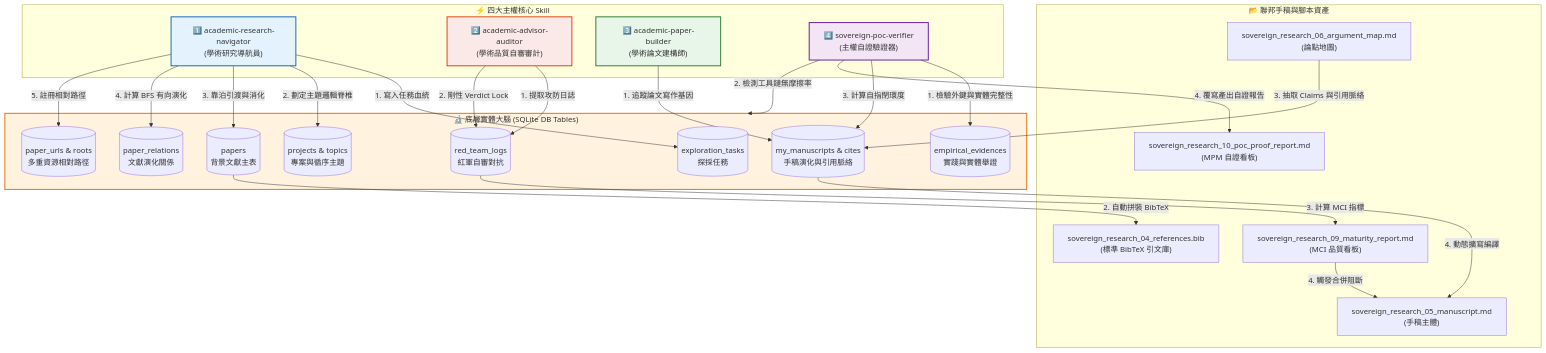
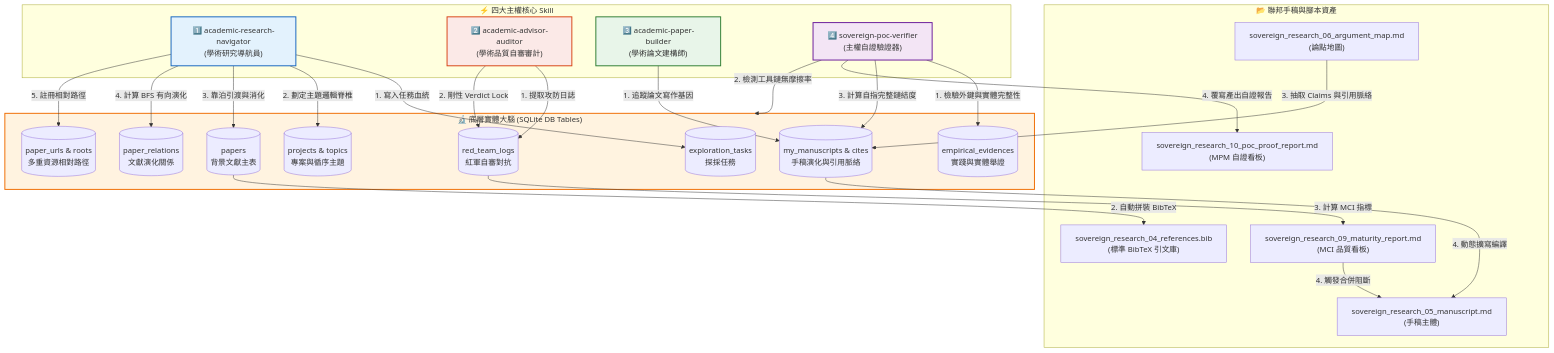
Before and after one commit to wuulong/sovereign-research-methodology: the second of 2 diagrams in nblm_notes/methodology_notebooklm.md, drawn with Mermaid. The commit also changed other lines of this file and 28 other files, not shown here.

````diff
--- a/nblm_notes/methodology_notebooklm.md
+++ b/nblm_notes/methodology_notebooklm.md
@@ -633,63 +332,63 @@
 ```mermaid
 flowchart TD
     %% 定義 Skill 節點
     subgraph Skills["⚡ 四大主權核心 Skill"]
         NAV["1️⃣ academic-research-navigator<br>(學術研究導航員)"]
         AUD["2️⃣ academic-advisor-auditor<br>(學術品質自審審計)"]
         BLD["3️⃣ academic-paper-builder<br>(學術論文建構師)"]
         VRF["4️⃣ sovereign-poc-verifier<br>(主權自證驗證器)"]
     end
 
     %% 定義 SQLite 資料表節點
     subgraph DB["🔬 底層實體大腦 (SQLite DB Tables)"]
         T_Task[(exploration_tasks<br>探採任務)]
         T_Proj[(projects & topics<br>專案與循序主題)]
         T_Paper[(papers<br>背景文獻主表)]
         T_Rel[(paper_relations<br>文獻演化關係)]
         T_Url[(paper_urls & roots<br>多重資源相對路徑)]
         T_Evid[(empirical_evidences<br>實踐與實體舉證)]
         T_Red[(red_team_logs<br>紅軍自審對抗)]
         T_MS[(my_manuscripts & cites<br>手稿演化與引用脈絡)]
     end
 
     %% 定義 聯邦檔案與腳本
     subgraph Artifacts["📂 聯邦手稿與腳本資產"]
         MS_Doc["sovereign_research_05_manuscript.md<br>(手稿主體)"]
         APM_Doc["sovereign_research_06_argument_map.md<br>(論點地圖)"]
         MCI_Doc["sovereign_research_09_maturity_report.md<br>(MCI 品質看板)"]
         MPM_Doc["sovereign_research_10_poc_proof_report.md<br>(MPM 自證看板)"]
         BIB_File["sovereign_research_04_references.bib<br>(標準 BibTeX 引文庫)"]
     end
 
     %% 關聯線：Navigator
     NAV -->|1. 寫入任務血統| T_Task
     NAV -->|2. 劃定主題邏輯脊椎| T_Proj
     NAV -->|3. 靠泊引渡與消化| T_Paper
     NAV -->|4. 計算 BFS 有向演化| T_Rel
     NAV -->|5. 註冊相對路徑| T_Url
 
     %% 關聯線：Advisor-Auditor
     AUD -->|1. 提取攻防日誌| T_Red
     AUD -->|2. 剛性 Verdict Lock| T_Red
     T_Red -->|3. 計算 MCI 指標| MCI_Doc
     MCI_Doc -->|4. 觸發合併阻斷| MS_Doc
 
     %% 關聯線：Paper-Builder
     BLD -->|1. 追蹤論文寫作基因| T_MS
     T_Paper -->|2. 自動拼裝 BibTeX| BIB_File
     APM_Doc -->|3. 抽取 Claims 與引用脈絡| T_MS
     T_MS -->|4. 動態擴寫編譯| MS_Doc
 
     %% 關聯線：PoC-Verifier
     VRF -->|1. 檢驗外鍵與實體完整性| T_Evid
     VRF -->|2. 檢測工具鏈無摩擦率| DB
-    VRF -->|3. 計算自指閉環度| T_MS
+    VRF -->|3. 計算自指完整鏈結度| T_MS
     VRF -->|4. 覆寫產出自證報告| MPM_Doc
 
     %% 樣式設定
     style NAV fill:#e3f2fd,stroke:#1565c0,stroke-width:2px;
     style AUD fill:#fbe9e7,stroke:#d84315,stroke-width:2px;
     style BLD fill:#e8f5e9,stroke:#2e7d32,stroke-width:2px;
     style VRF fill:#f3e5f5,stroke:#6a1b9a,stroke-width:2px;
     style DB fill:#fff3e0,stroke:#ef6c00,stroke-width:2px;
 ```
````
